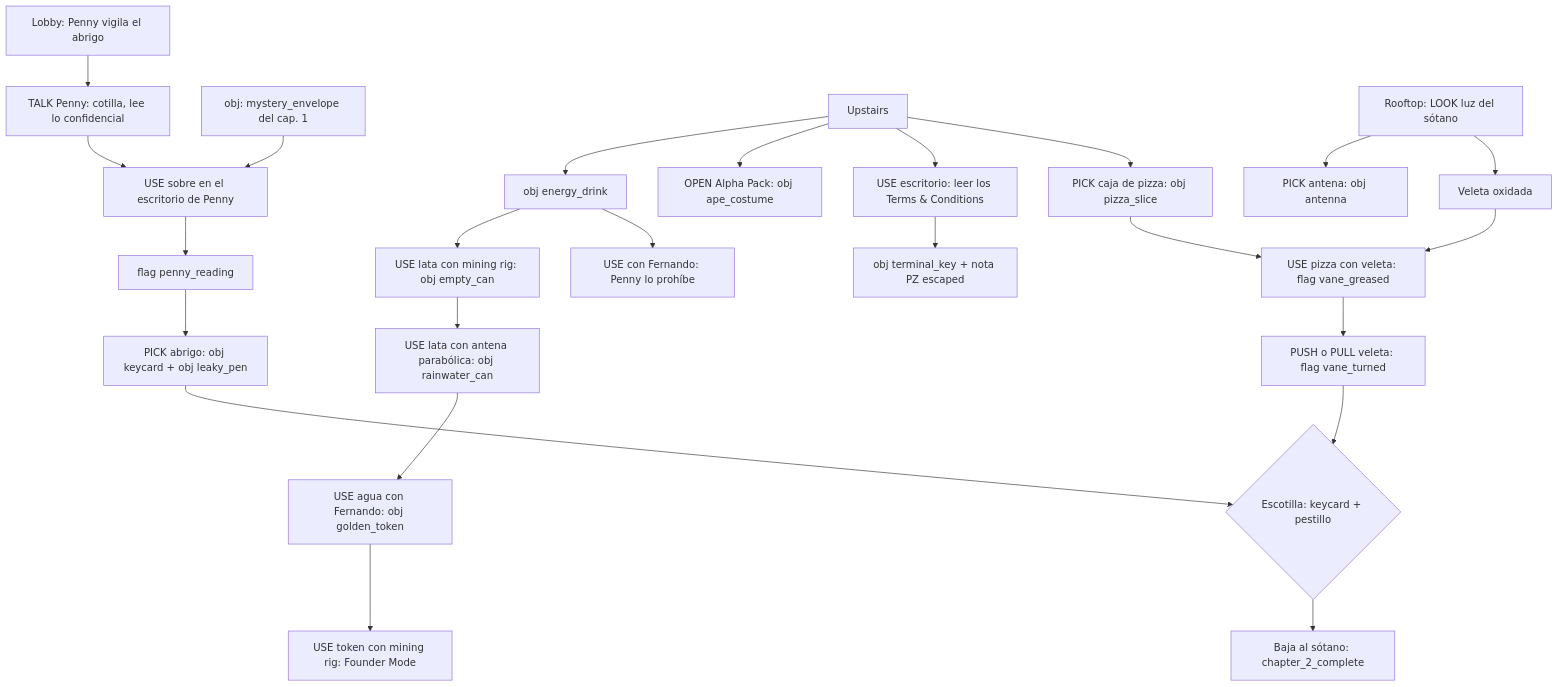
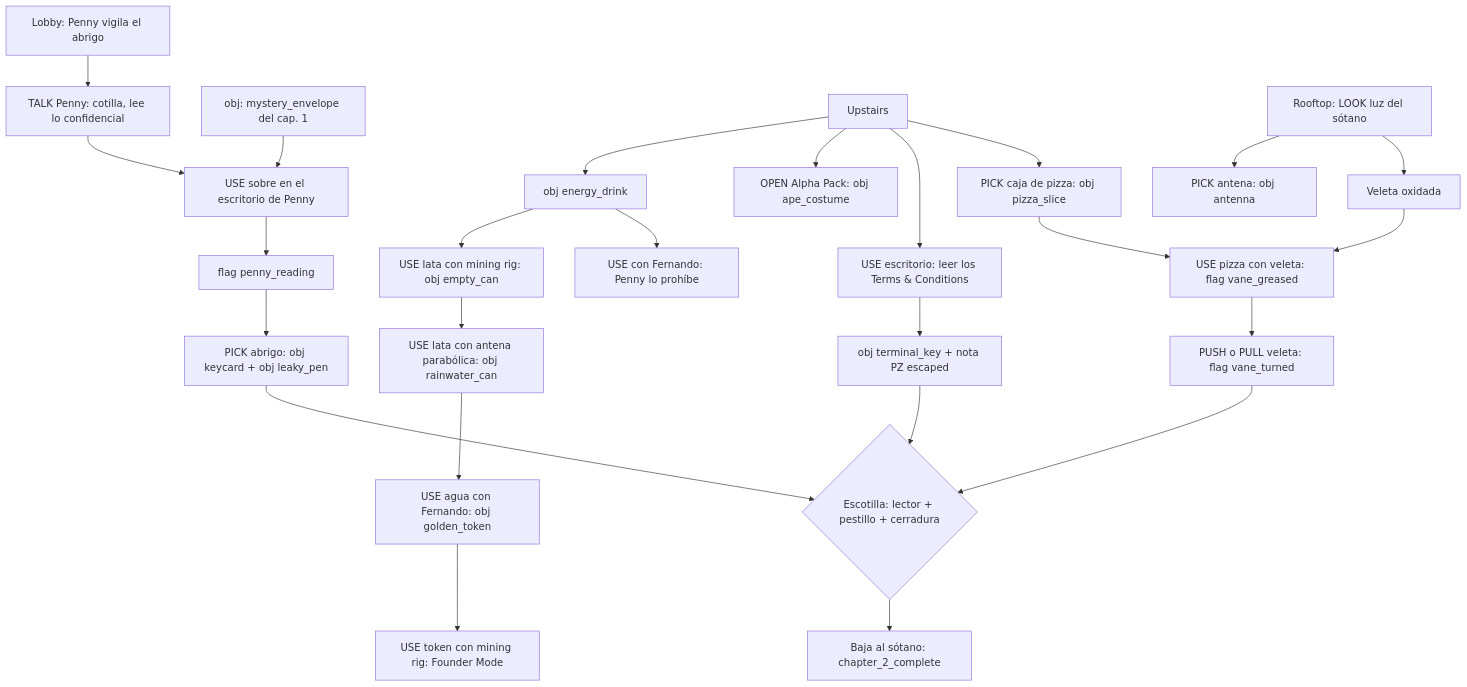
The second of 5 diagrams in docs/DESIGN_BIBLE.md (adriangallery/AdrianAdventure), drawn with Mermaid before and after one commit. The commit also changed other lines of this file and 2 other files, not shown here.

````diff
--- a/docs/DESIGN_BIBLE.md
+++ b/docs/DESIGN_BIBLE.md
@@ -207,26 +233,27 @@
 ```mermaid
 graph TD
   L["Lobby: Penny vigila el abrigo"] --> TALKP["TALK Penny: cotilla, lee lo confidencial"]
   ENV["obj: mystery_envelope del cap. 1"] --> DESK["USE sobre en el escritorio de Penny"]
   TALKP --> DESK
   DESK --> READ["flag penny_reading"]
   READ --> COAT["PICK abrigo: obj keycard + obj leaky_pen"]
   U["Upstairs"] --> PIZZA["PICK caja de pizza: obj pizza_slice"]
   R["Rooftop: LOOK luz del sótano"] --> VANE0["Veleta oxidada"]
   PIZZA --> GREASE["USE pizza con veleta: flag vane_greased"]
   VANE0 --> GREASE
   GREASE --> VANE["PUSH o PULL veleta: flag vane_turned"]
   U --> TOS["USE escritorio: leer los Terms & Conditions"]
   TOS --> TKEY["obj terminal_key + nota PZ escaped"]
   R --> ANT["PICK antena: obj antenna"]
   U --> ALPHA["OPEN Alpha Pack: obj ape_costume"]
-  COAT --> HATCH{"Escotilla: keycard + pestillo"}
+  COAT --> HATCH{"Escotilla: lector + pestillo + cerradura"}
   VANE --> HATCH
+  TKEY --> HATCH
   HATCH --> END2["Baja al sótano: chapter_2_complete"]
   U --> CAN["obj energy_drink"]
   CAN --> PLANTNO["USE con Fernando: Penny lo prohíbe"]
   CAN --> RIG["USE lata con mining rig: obj empty_can"]
   RIG --> DISH["USE lata con antena parabólica: obj rainwater_can"]
   DISH --> FERN["USE agua con Fernando: obj golden_token"]
   FERN --> FOUNDER["USE token con mining rig: Founder Mode"]
 ```
````
